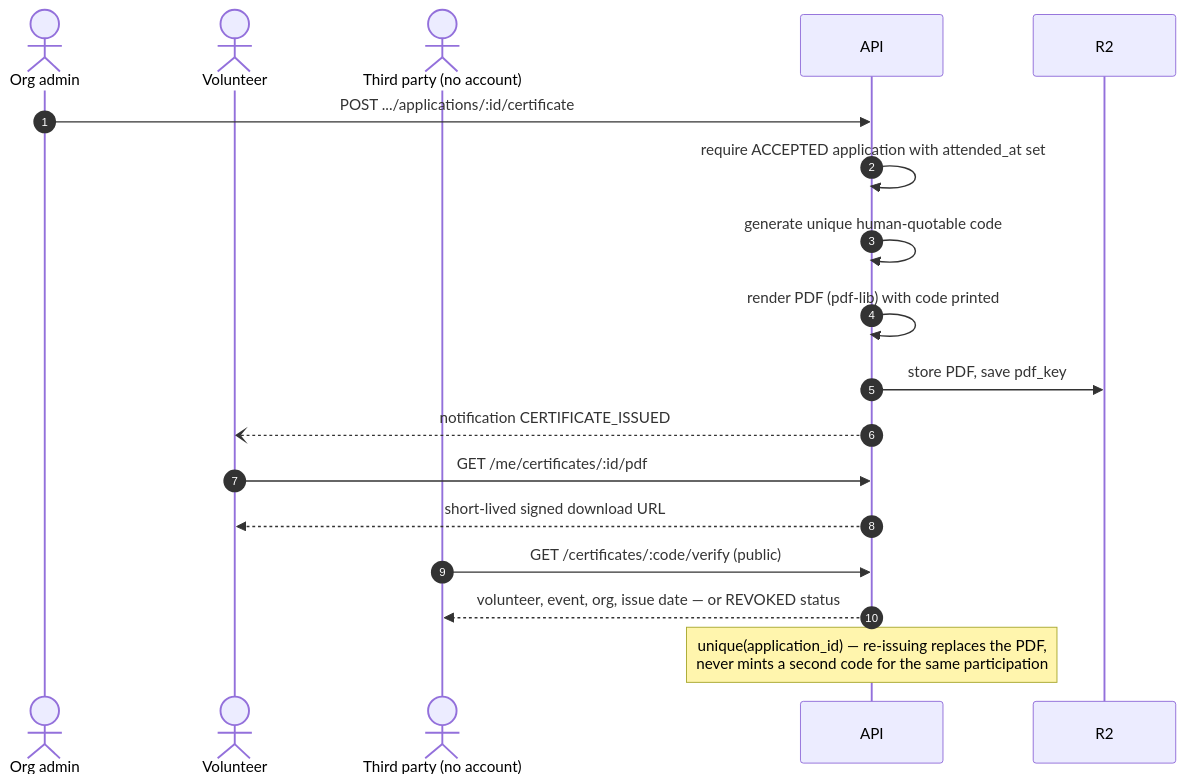
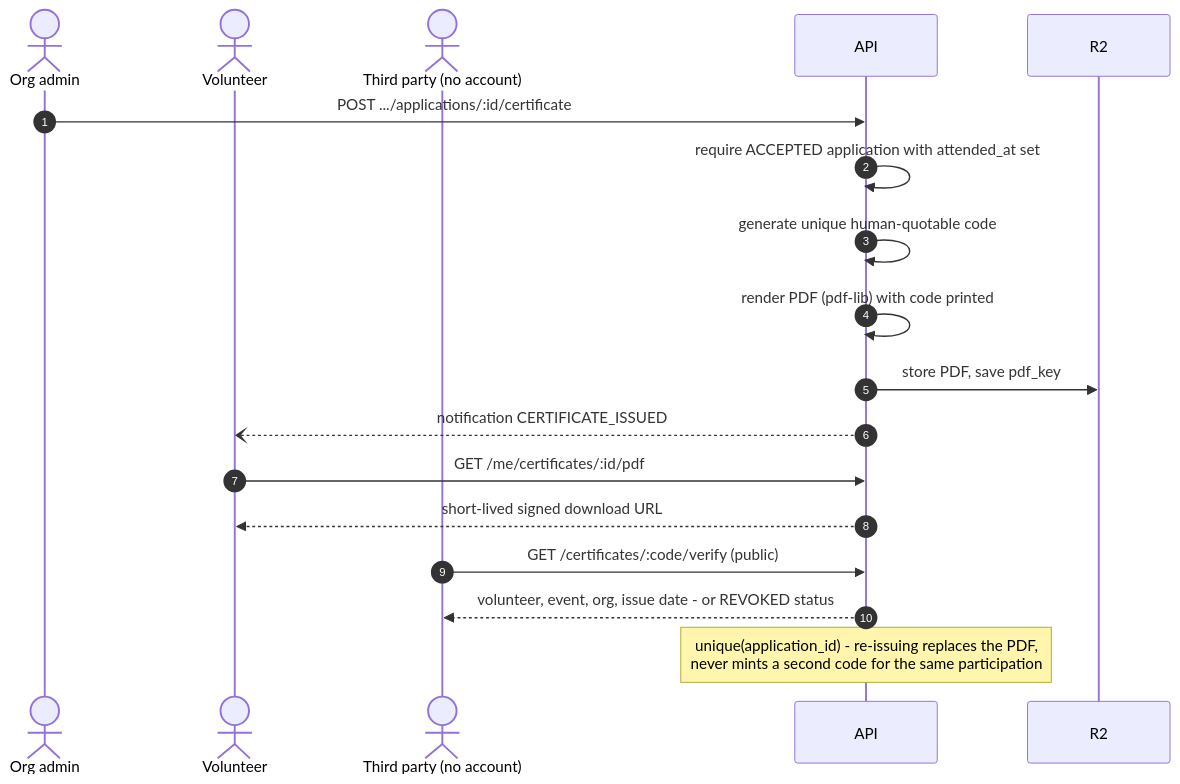
Before and after one commit to SinghAman21/nabhya: the tenth of 15 diagrams in final-year-report.md, drawn with Mermaid. The commit also changed other lines of this file and 270 other files, not shown here.

````diff
--- a/final-year-report.md
+++ b/final-year-report.md
@@ -908,21 +908,21 @@
 ```mermaid
 sequenceDiagram
     autonumber
     actor O as Org admin
     actor V as Volunteer
     actor T as Third party (no account)
     participant API as API
     participant R2 as R2
 
     O->>API: POST .../applications/:id/certificate
     API->>API: require ACCEPTED application with attended_at set
     API->>API: generate unique human-quotable code
     API->>API: render PDF (pdf-lib) with code printed
     API->>R2: store PDF, save pdf_key
     API--)V: notification CERTIFICATE_ISSUED
     V->>API: GET /me/certificates/:id/pdf
     API-->>V: short-lived signed download URL
     T->>API: GET /certificates/:code/verify (public)
-    API-->>T: volunteer, event, org, issue date — or REVOKED status
-    Note over API: unique(application_id) — re-issuing replaces the PDF,<br/>never mints a second code for the same participation
+    API-->>T: volunteer, event, org, issue date - or REVOKED status
+    Note over API: unique(application_id) - re-issuing replaces the PDF,<br/>never mints a second code for the same participation
 ```
````
